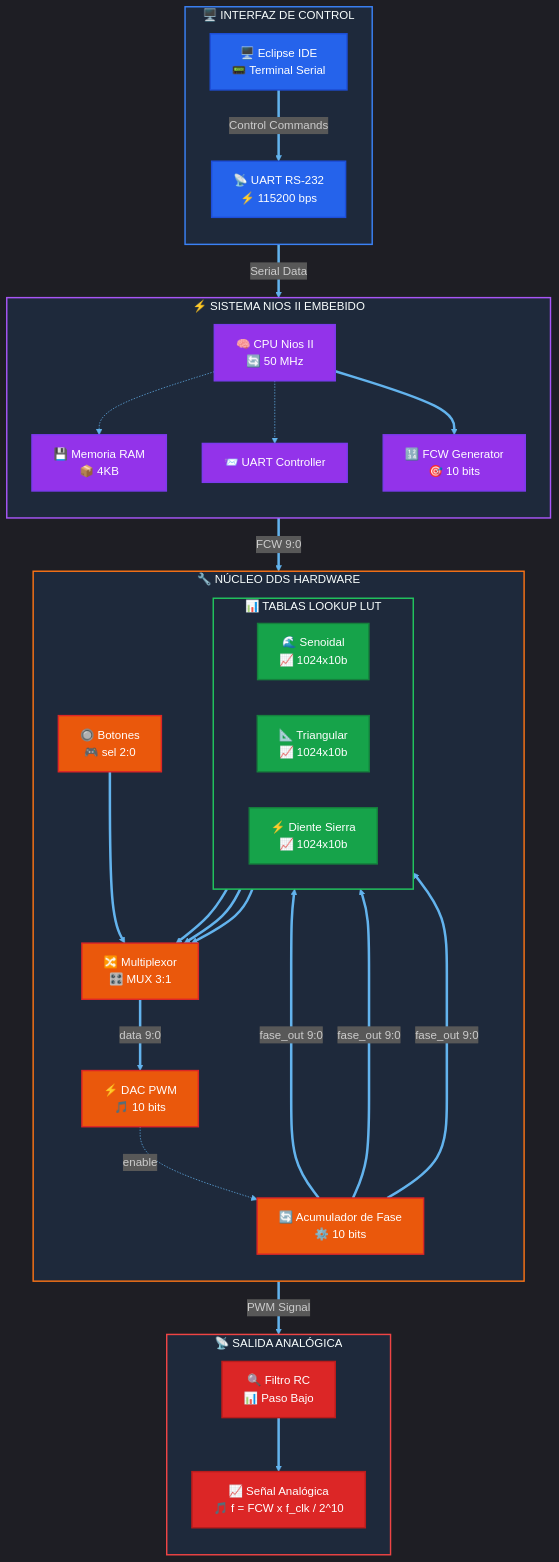
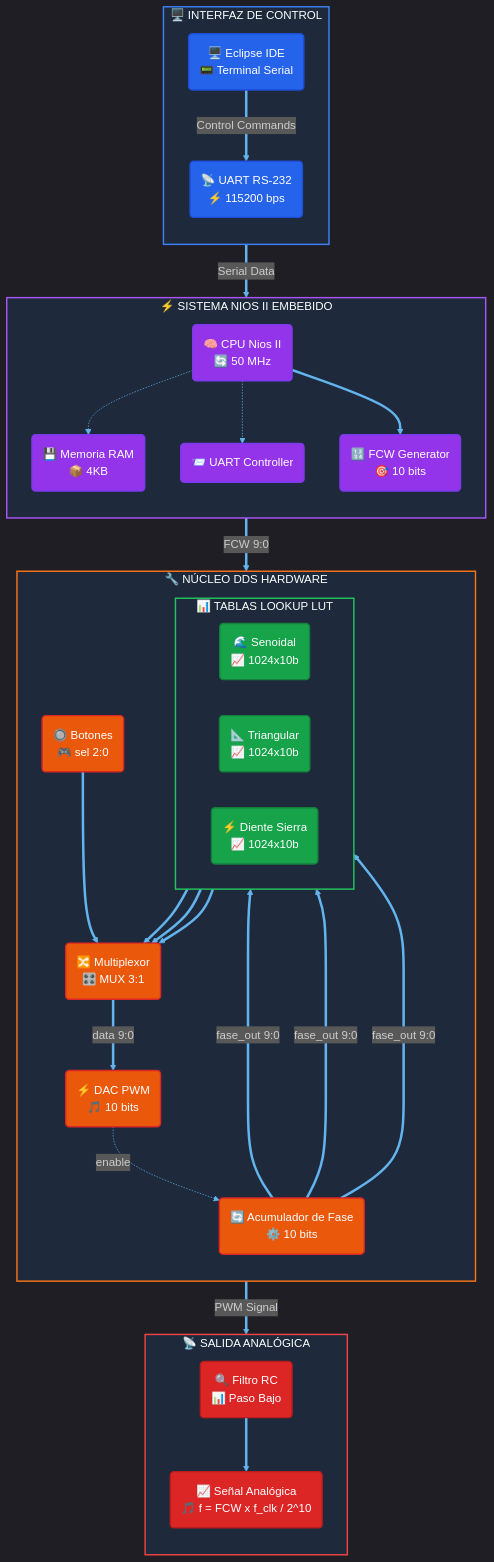
Before and after one commit to Cahura/DDS-Direct-Digital-Synthesis: the first of 3 diagrams in README.md, drawn with Mermaid. The commit also changed other lines of this file, not shown here.

```diff
--- a/README.md
+++ b/README.md
@@ -57,17 +66,17 @@
 graph TB
     subgraph CONTROL ["🖥️ INTERFAZ DE CONTROL"]
         direction TB
-        A["🖥️ Eclipse IDE<br/>📟 Terminal Serial"]
-        B["📡 UART RS-232<br/>⚡ 115200 bps"]
+        A("🖥️ Eclipse IDE<br/>📟 Terminal Serial")
+        B("📡 UART RS-232<br/>⚡ 115200 bps")
         A ==>|Control Commands| B
     end
     
     subgraph NIOS ["⚡ SISTEMA NIOS II EMBEBIDO"]
         direction TB
-        C["🧠 CPU Nios II<br/>🔄 50 MHz"]
-        D["💾 Memoria RAM<br/>📦 4KB"]
-        E["📨 UART Controller"]
-        F["🔢 FCW Generator<br/>🎯 10 bits"]
+        C("🧠 CPU Nios II<br/>🔄 50 MHz")
+        D("💾 Memoria RAM<br/>📦 4KB")
+        E("📨 UART Controller")
+        F("🔢 FCW Generator<br/>🎯 10 bits")
         
         C -.-> D
         C -.-> E
@@ -76,18 +85,18 @@
     
     subgraph DDS ["🔧 NÚCLEO DDS HARDWARE"]
         direction TB
-        G["🔄 Acumulador de Fase<br/>⚙️ 10 bits"]
+        G("🔄 Acumulador de Fase<br/>⚙️ 10 bits")
         
         subgraph LUTS ["📊 TABLAS LOOKUP LUT"]
             direction LR
-            H["🌊 Senoidal<br/>📈 1024x10b"]
-            I["📐 Triangular<br/>📈 1024x10b"]
-            J["⚡ Diente Sierra<br/>📈 1024x10b"]
+            H("🌊 Senoidal<br/>📈 1024x10b")
+            I("📐 Triangular<br/>📈 1024x10b")
+            J("⚡ Diente Sierra<br/>📈 1024x10b")
         end
         
-        K["🔀 Multiplexor<br/>🎛️ MUX 3:1"]
-        L["🔘 Botones<br/>🎮 sel 2:0"]
-        M["⚡ DAC PWM<br/>🎵 10 bits"]
+        K("🔀 Multiplexor<br/>🎛️ MUX 3:1")
+        L("🔘 Botones<br/>🎮 sel 2:0")
+        M("⚡ DAC PWM<br/>🎵 10 bits")
         
         G ==>|fase_out 9:0| H
         G ==>|fase_out 9:0| I
@@ -104,8 +113,8 @@
     
     subgraph OUTPUT ["📡 SALIDA ANALÓGICA"]
         direction TB
-        N["🔍 Filtro RC<br/>📊 Paso Bajo"]
-        O["📈 Señal Analógica<br/>🎵 f = FCW x f_clk / 2^10"]
+        N("🔍 Filtro RC<br/>📊 Paso Bajo")
+        O("📈 Señal Analógica<br/>🎵 f = FCW x f_clk / 2^10")
         
         N ==> O
     end
```
